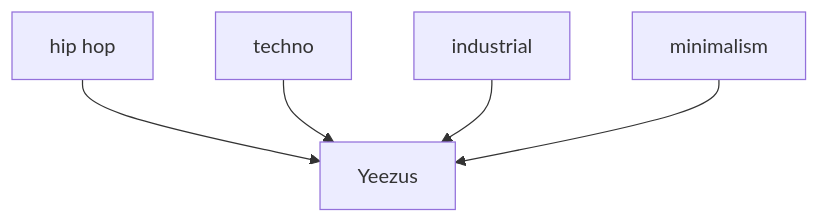
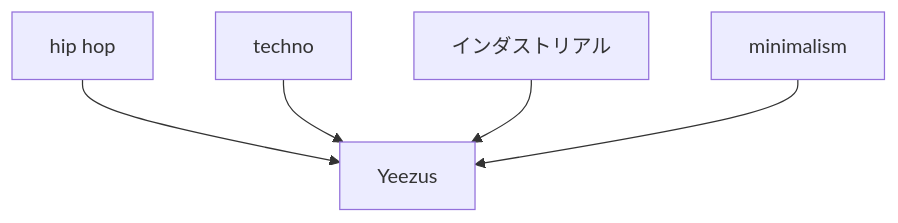
The eighth of 10 diagrams in en/_posts/2026-07-02-column-influential-album-04.md (monumental-movement/monumental-movement.github.io), drawn with Mermaid before and after one commit. The commit also changed other lines of this file and 1012 other files, not shown here.

```diff
--- a/en/_posts/2026-07-02-column-influential-album-04.md
+++ b/en/_posts/2026-07-02-column-influential-album-04.md
@@ -867,14 +867,14 @@
 <div class="mermaid">
 flowchart TD
 A[hip hop]
 B[techno]
-C[industrial]
+C[インダストリアル]
 D[minimalism]
 E[Yeezus]
 
 A --> E
 B --> E
 C --> E
 D --> E
 
 </div>
```
